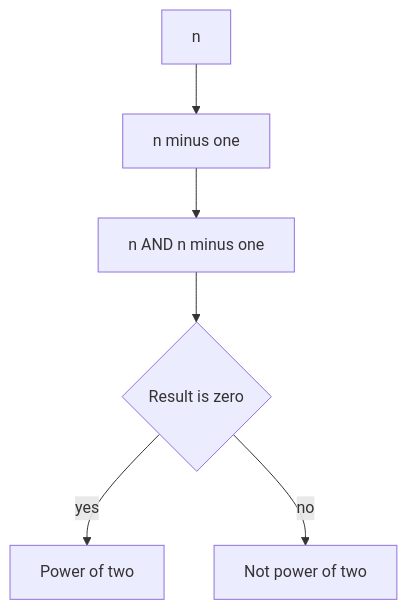
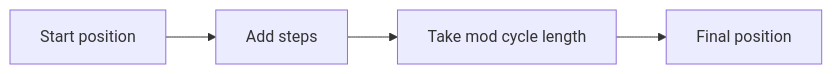
One commit to mthaiseer/springcloud-systemdesign-notes changed the third of 14 diagrams in CP_DSA_NOTES/000_MATH/cp_dsa_math_visual_reference.md. Above: the diagram before and after it, drawn with Mermaid. The commit also changed other lines of this file, not shown here.

````diff
--- a/CP_DSA_NOTES/000_MATH/cp_dsa_math_visual_reference.md
+++ b/CP_DSA_NOTES/000_MATH/cp_dsa_math_visual_reference.md
@@ -83,8 +70,6 @@
 ```mermaid
-flowchart TD
-    A[n] --> B[n minus one]
-    B --> C[n AND n minus one]
-    C --> D{Result is zero}
-    D -->|yes| E[Power of two]
-    D -->|no| F[Not power of two]
+flowchart LR
+    A[Start position] --> B[Add steps]
+    B --> C[Take mod cycle length]
+    C --> D[Final position]
 ```
````
